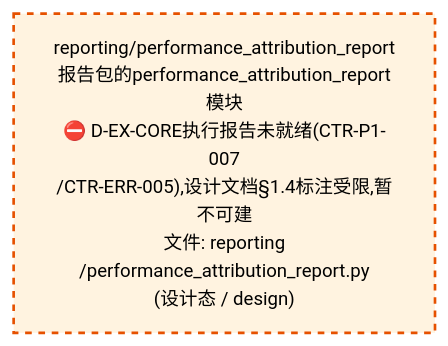
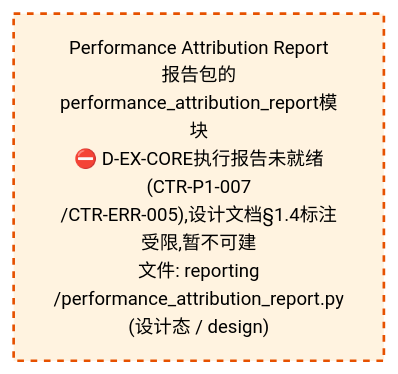
One commit to xuanFelixVan/ZephyrAlpha changed the third of 4 diagrams in docs/02_enterprise_architecture/02_domain_architecture_docs/26_d_reporting.md. Above: the diagram before and after it, drawn with Mermaid. The commit also changed other lines of this file and 58 other files, not shown here.

````diff
--- a/docs/02_enterprise_architecture/02_domain_architecture_docs/26_d_reporting.md
+++ b/docs/02_enterprise_architecture/02_domain_architecture_docs/26_d_reporting.md
@@ -213,10 +213,10 @@
 ```mermaid
 %%{init: {'theme': 'base', 'themeVariables': {'primaryColor': '#eaeaea', 'primaryTextColor': '#333333', 'primaryBorderColor': '#666666', 'lineColor': '#666666', 'secondaryColor': '#eaeaea', 'tertiaryColor': '#eaeaea', 'fontSize': '14px'}}}%%
 flowchart TD
-    src_zephyr_reporting_performance_attribution_report_py["reporting/performance_attribution_report<br/>报告包的performance_attribution_report模块<br/>⛔ D-EX-CORE执行报告未就绪(CTR-P1-007<br/>/CTR-ERR-005),设计文档§1.4标注受限,暂不可建<br/>文件: reporting<br/>/performance_attribution_report.py<br/>(设计态 / design)"]
+    src_zephyr_reporting_performance_attribution_report_py["Performance Attribution Report<br/>报告包的performance_attribution_report模块<br/>⛔ D-EX-CORE执行报告未就绪(CTR-P1-007<br/>/CTR-ERR-005),设计文档§1.4标注受限,暂不可建<br/>文件: reporting<br/>/performance_attribution_report.py<br/>(设计态 / design)"]
     classDef production fill:#e1f5fe,stroke:#01579b,stroke-width:2px,color:#000
     classDef design fill:#fff3e0,stroke:#e65100,stroke-width:2px,color:#000,stroke-dasharray: 5 5
     classDef external_prod fill:#e8f4fd,stroke:#0277bd,stroke-width:1px,color:#000
     classDef external_design fill:#fff8e7,stroke:#ef6c00,stroke-width:1px,color:#000,stroke-dasharray: 5 5
     class src_zephyr_reporting_performance_attribution_report_py design
 ```
````
